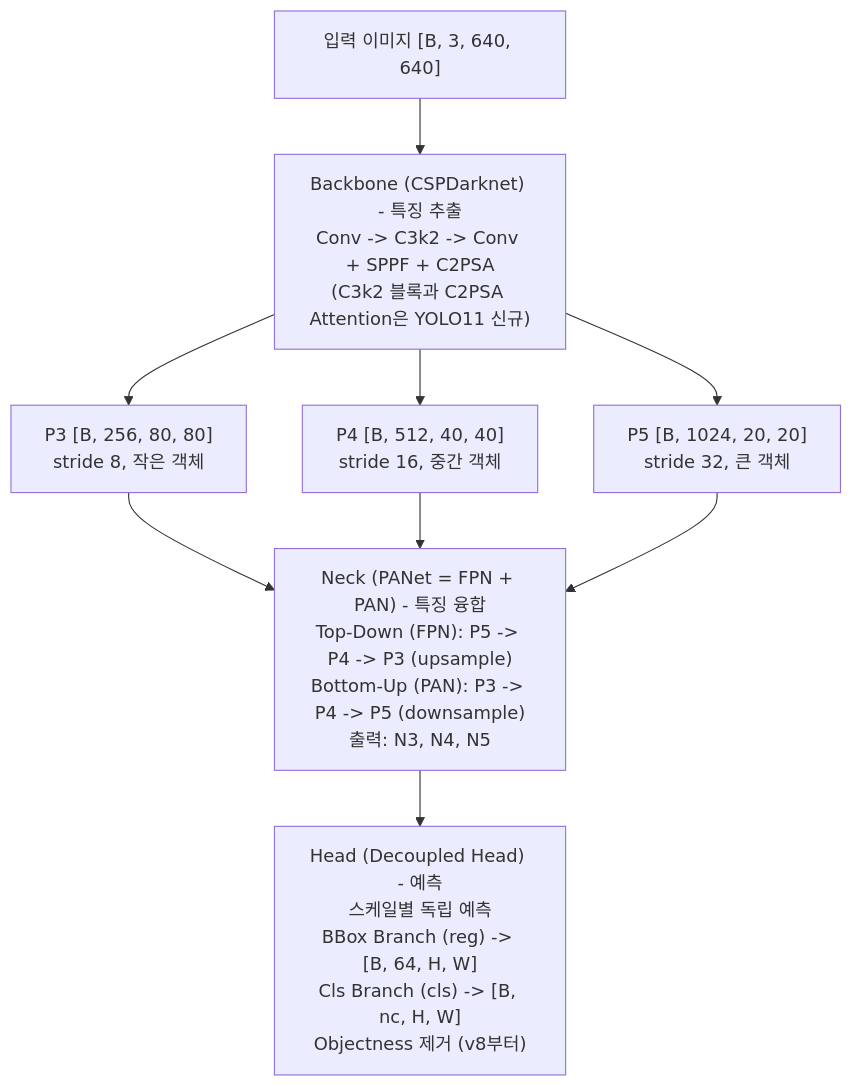
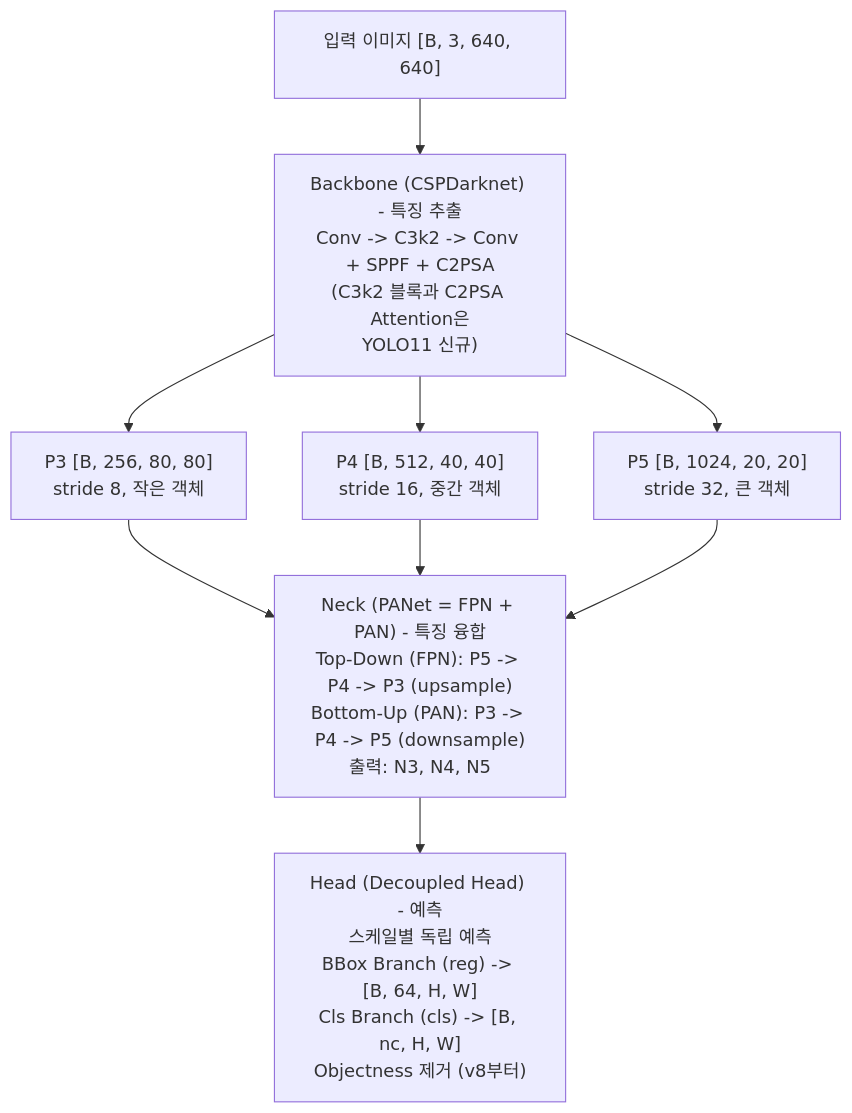
The first of 2 diagrams in Studies/Phase 3/week3/README.md (tylee-yeonge/physical-ai-study), drawn with Mermaid before and after one commit. The commit also changed other lines of this file and 1 other file, not shown here.

Commit message:
docs: split long mermaid Korean labels to prevent clipping

````diff
--- a/Studies/Phase 3/week3/README.md
+++ b/Studies/Phase 3/week3/README.md
@@ -132,20 +132,20 @@
 ```mermaid
 flowchart TB
     Input["입력 이미지 [B, 3, 640, 640]"]
 
-    Backbone["Backbone (CSPDarknet) - 특징 추출<br/>Conv -> C3k2 -> Conv + SPPF + C2PSA<br/>(C3k2 블록과 C2PSA Attention은 YOLO11 신규)"]
+    Backbone["Backbone (CSPDarknet) - 특징 추출<br/>Conv -> C3k2 -> Conv + SPPF + C2PSA<br/>(C3k2 블록과 C2PSA Attention은<br/>YOLO11 신규)"]
 
     P3["P3 [B, 256, 80, 80]<br/>stride 8, 작은 객체"]
     P4["P4 [B, 512, 40, 40]<br/>stride 16, 중간 객체"]
     P5["P5 [B, 1024, 20, 20]<br/>stride 32, 큰 객체"]
 
     Neck["Neck (PANet = FPN + PAN) - 특징 융합<br/>Top-Down (FPN): P5 -> P4 -> P3 (upsample)<br/>Bottom-Up (PAN): P3 -> P4 -> P5 (downsample)<br/>출력: N3, N4, N5"]
 
     Head["Head (Decoupled Head) - 예측<br/>스케일별 독립 예측<br/>BBox Branch (reg) -> [B, 64, H, W]<br/>Cls Branch (cls) -> [B, nc, H, W]<br/>Objectness 제거 (v8부터)"]
 
     Input --> Backbone
     Backbone --> P3 --> Neck
     Backbone --> P4 --> Neck
     Backbone --> P5 --> Neck
     Neck --> Head
 ```
````
